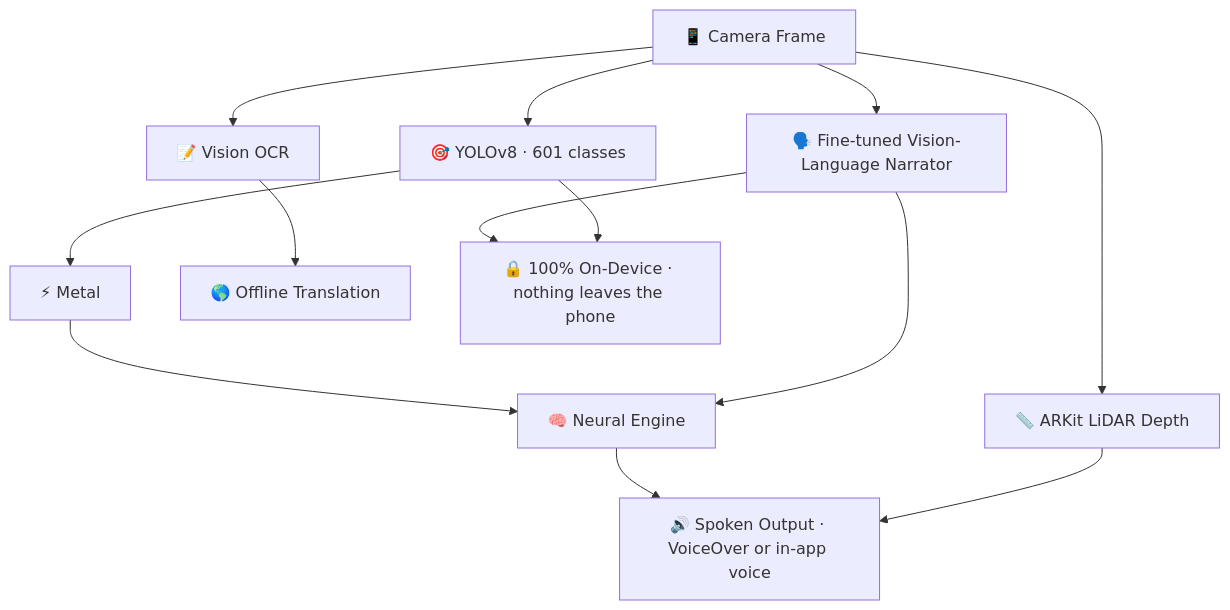
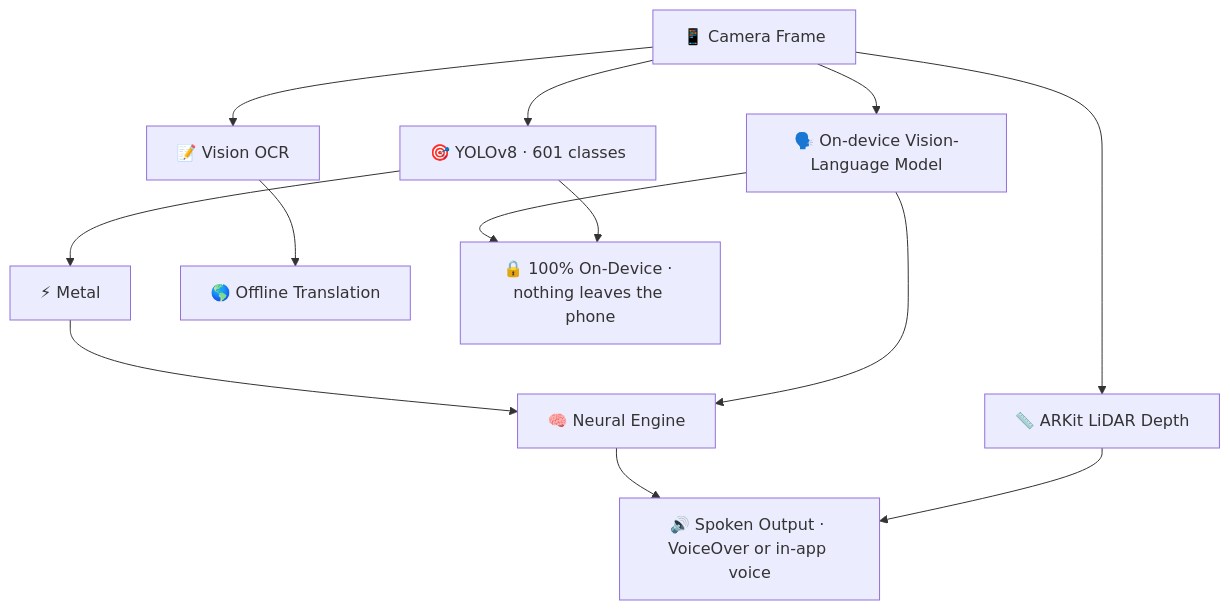
One commit to nicedreamzapp/RealTimeAICam changed the diagram in README.md. Above: the diagram before and after it, drawn with Mermaid. The commit also changed other lines of this file, not shown here.

````diff
--- a/README.md
+++ b/README.md
@@ -192,17 +192,17 @@
 ```mermaid
 graph TB
     A[📱 Camera Frame] --> B[🎯 YOLOv8 · 601 classes]
     A --> C[📝 Vision OCR]
-    A --> D[🗣️ Fine-tuned Vision-Language Narrator]
+    A --> D[🗣️ On-device Vision-Language Model]
     A --> H[📏 ARKit LiDAR Depth]
 
     B --> E[⚡ Metal]
     C --> G[🌎 Offline Translation]
     E --> F[🧠 Neural Engine]
     D --> F
     F --> I[🔊 Spoken Output · VoiceOver or in-app voice]
     H --> I
 
     D --> J[🔒 100% On-Device · nothing leaves the phone]
     B --> J
 ```
````
